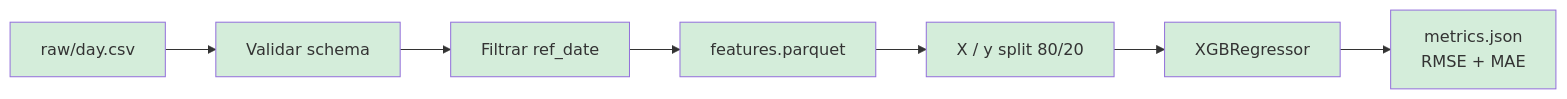
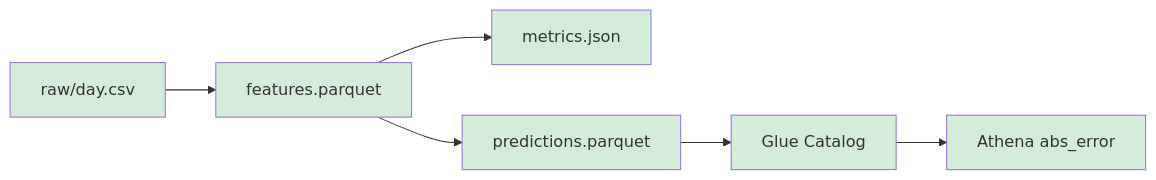
The second of 2 diagrams in README.md (welligtoncos/bike-sharing-forecast-aws), drawn with Mermaid before and after one commit. The commit also changed other lines of this file and 13 other files, not shown here.

First line of the commit message:
S4-02: query Athena com abs_error e documentacao Sprint 4

````diff
--- a/README.md
+++ b/README.md
@@ -98,17 +106,15 @@
 ```mermaid
 flowchart LR
-    A["raw/day.csv"] --> B["Validar schema"]
-    B --> C["Filtrar ref_date"]
-    C --> D["features.parquet"]
-    D --> E["X / y split 80/20"]
-    E --> F["XGBRegressor"]
-    F --> G["metrics.json<br/>RMSE + MAE"]
+    A["raw/day.csv"] --> B["features.parquet"]
+    B --> C["metrics.json"]
+    B --> D["predictions.parquet"]
+    D --> E["Glue Catalog"]
+    E --> F["Athena abs_error"]
 
     style A fill:#d4edda
     style B fill:#d4edda
     style C fill:#d4edda
     style D fill:#d4edda
     style E fill:#d4edda
     style F fill:#d4edda
-    style G fill:#d4edda
 ```
````
